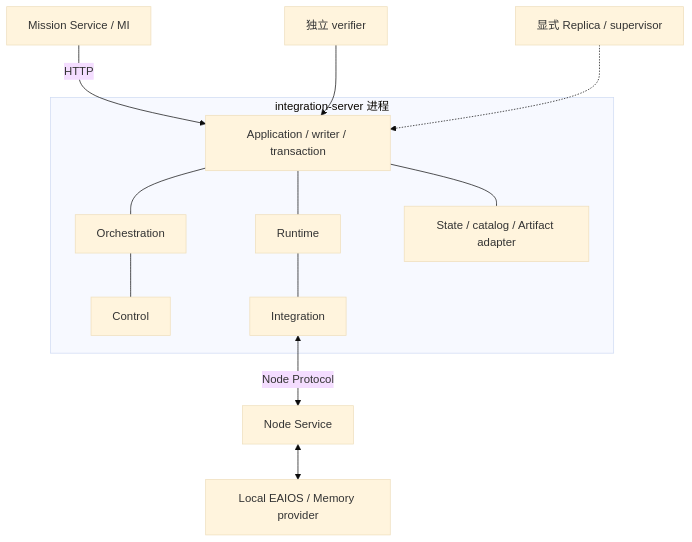
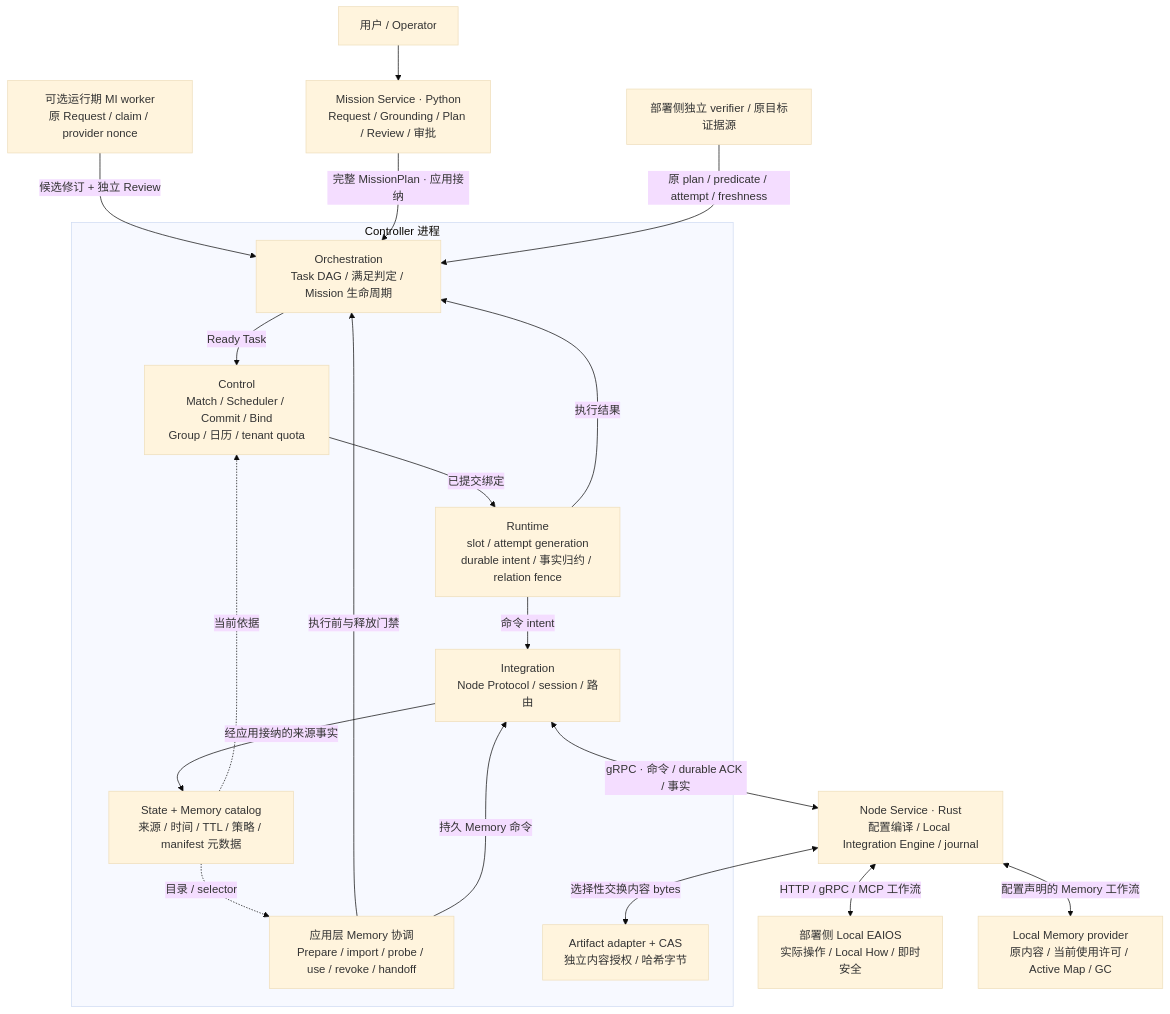
The diagram in website/pages/architecture-tour.md (Farewell-CK/RoboGuide), drawn with Mermaid (base theme) before and after one commit. The commit also changed other lines of this file and 17 other files, not shown here.

Commit message:
docs: redraw code-grounded architecture in Mermaid

````diff
--- a/website/pages/architecture-tour.md
+++ b/website/pages/architecture-tour.md
@@ -23,17 +26,32 @@
 ```mermaid
 flowchart TB
-  MI[Mission Service / MI] -->|HTTP| APP
-  subgraph Controller[integration-server 进程]
-    APP[Application / writer / transaction]
-    O[Orchestration] --- C[Control]
-    R[Runtime] --- I[Integration]
-    S[State / catalog / Artifact adapter]
-    APP --- O
-    APP --- R
-    APP --- S
+  %% roboguide:min-width: 1280px
+  U[用户 / Operator] --> MI[Mission Service · Python<br/>Request / Grounding / Plan / Review / 审批]
+  MW[可选运行期 MI worker<br/>原 Request / claim / provider nonce] -->|候选修订 + 独立 Review| O
+  MI -->|完整 MissionPlan · 应用接纳| O
+
+  subgraph CTRL[Controller 进程]
+    O[Orchestration<br/>Task DAG / 满足判定 / Mission 生命周期]
+    C[Control<br/>Match / Scheduler / Commit / Bind<br/>Group / 日历 / tenant quota]
+    R[Runtime<br/>slot / attempt generation<br/>durable intent / 事实归约 / relation fence]
+    I[Integration<br/>Node Protocol / session / 路由]
+    O -->|Ready Task| C
+    C -->|已提交绑定| R
+    R -->|命令 intent| I
+    R -->|执行结果| O
+    S[State + Memory catalog<br/>来源 / 时间 / TTL / 策略 / manifest 元数据]
+    M[应用层 Memory 协调<br/>Prepare / import / probe / use / revoke / handoff]
+    A[Artifact adapter + CAS<br/>独立内容授权 / 哈希字节]
+    I -->|经应用接纳的来源事实| S
+    S -.当前依据.-> C
+    S -.目录 / selector.-> M
+    M -->|执行前与释放门禁| O
+    M -->|持久 Memory 命令| I
   end
-  I <-->|Node Protocol| N[Node Service]
-  N <--> L[Local EAIOS / Memory provider]
-  VF[独立 verifier] --> APP
-  HA[显式 Replica / supervisor] -.-> APP
+
+  I <-->|gRPC · 命令 / durable ACK / 事实| N[Node Service · Rust<br/>配置编译 / Local Integration Engine / journal]
+  N <-->|HTTP / gRPC / MCP 工作流| L[部署侧 Local EAIOS<br/>实际操作 / Local How / 即时安全]
+  N <-->|配置声明的 Memory 工作流| P[Local Memory provider<br/>原内容 / 当前使用许可 / Active Map / GC]
+  N <-->|选择性交换内容 bytes| A
+  V[部署侧独立 verifier / 原目标证据源] -->|原 plan / predicate / attempt / freshness| O
 ```
````
